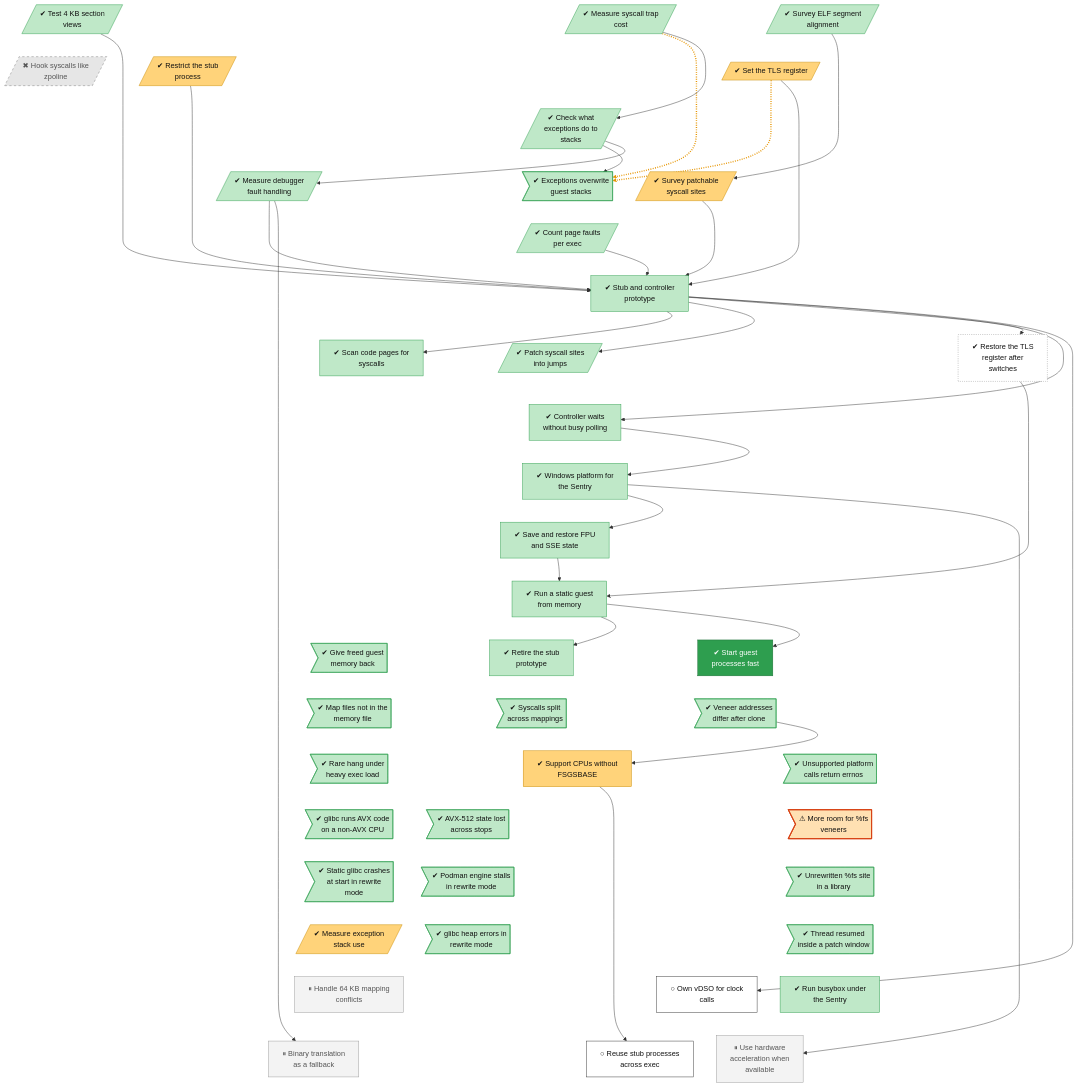
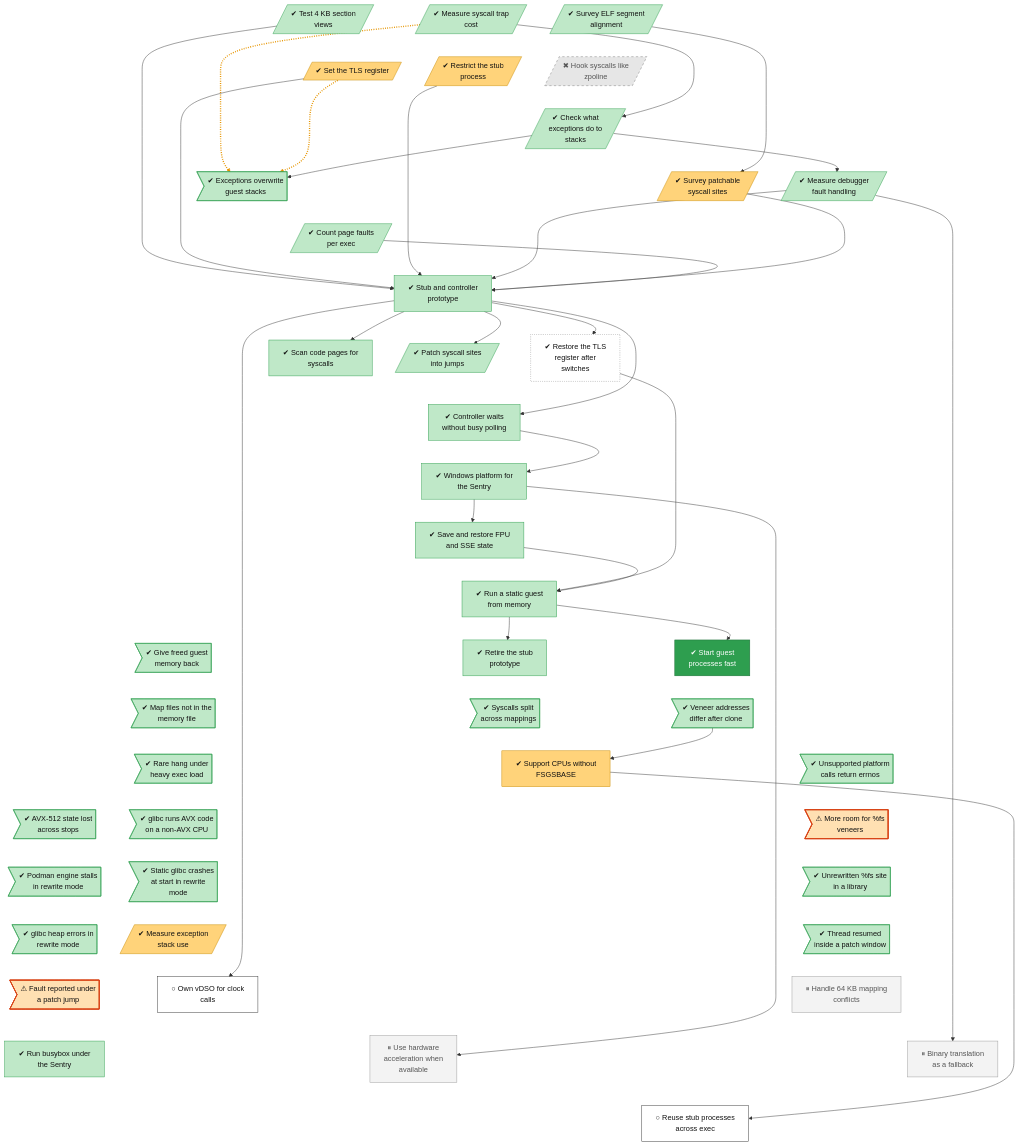
The diagram in docs/roadmap/tracks/platform.md (lhns/gvisor-windows), drawn with Mermaid before and after one commit. The commit also changed other lines of this file and 5 other files, not shown here.

````diff
--- a/docs/roadmap/tracks/platform.md
+++ b/docs/roadmap/tracks/platform.md
@@ -46,6 +46,7 @@
     platform_rewrite_heap_corruption>"✔ glibc heap errors in<br/>rewrite mode"]
     platform_exception_dispatch_depth[/"✔ Measure exception<br/>stack use"/]
     platform_resume_inside_fs_window>"✔ Thread resumed<br/>inside a patch window"]
+    platform_fault_under_fs_jump>"⚠ Fault reported under<br/>a patch jump"]
     platform_own_vdso["○ Own vDSO for clock<br/>calls"]
     platform_64k_mapping_conflicts["⏸ Handle 64 KB mapping<br/>conflicts"]
     platform_busybox_on_windows["✔ Run busybox under<br/>the Sentry"]
@@ -92,12 +93,15 @@
     platform_rewrite_mode_slow_engine ~~~ platform_rewrite_heap_corruption
     platform_rewrite_glibc_init_crash ~~~ platform_exception_dispatch_depth
     platform_unrewritten_fs_in_library ~~~ platform_resume_inside_fs_window
-    platform_rewrite_heap_corruption ~~~ platform_own_vdso
-    platform_exception_dispatch_depth ~~~ platform_64k_mapping_conflicts
-    platform_resume_inside_fs_window ~~~ platform_busybox_on_windows
+    platform_rewrite_heap_corruption ~~~ platform_fault_under_fs_jump
+    platform_exception_dispatch_depth ~~~ platform_own_vdso
+    platform_resume_inside_fs_window ~~~ platform_64k_mapping_conflicts
+    platform_fault_under_fs_jump ~~~ platform_busybox_on_windows
     platform_own_vdso ~~~ platform_hardware_acceleration
     platform_64k_mapping_conflicts ~~~ platform_binary_translation_fallback
     platform_busybox_on_windows ~~~ platform_recycle_stubs
+    platform_hardware_acceleration ~~~ platform_recycle_stubs
+    platform_binary_translation_fallback ~~~ platform_recycle_stubs
     platform_trap_cost -.-> platform_veh_on_guest_stack_unsafe
     platform_tls_register -.-> platform_veh_on_guest_stack_unsafe
     platform_trap_cost --> platform_exception_stack
@@ -125,7 +129,7 @@
     platform_winstub --> platform_hardware_acceleration
     platform_debug_event_cost --> platform_binary_translation_fallback
     platform_no_fsgsbase_fallback --> platform_recycle_stubs
-    linkStyle 46,47 stroke:#e69500,stroke-width:3px,stroke-dasharray:2 3
+    linkStyle 49,50 stroke:#e69500,stroke-width:3px,stroke-dasharray:2 3
     classDef vsucc fill:#2e9e4f,stroke:#1b6b34,color:#fff
     classDef succ fill:#bfe8c8,stroke:#2e9e4f,color:#111
     classDef mixed fill:#ffd37a,stroke:#c98a00,color:#111
@@ -145,7 +149,7 @@
     class platform_zpoline_hooks dead
     class platform_fs_base_repair unrated
     class platform_fast_process_start vsucc
-    class platform_fs_veneer_capacity finding
+    class platform_fs_veneer_capacity,platform_fault_under_fs_jump finding
     class platform_own_vdso,platform_recycle_stubs next
     class platform_64k_mapping_conflicts,platform_hardware_acceleration,platform_binary_translation_fallback parked
 ```
````
